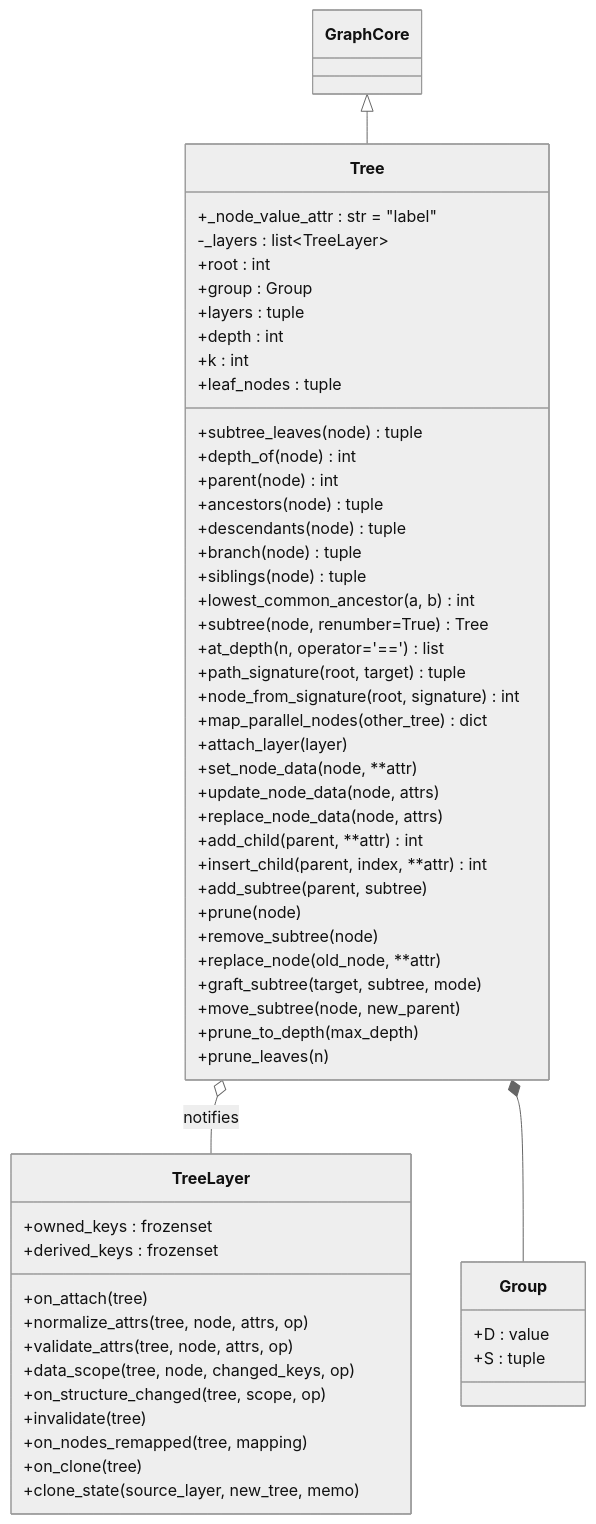
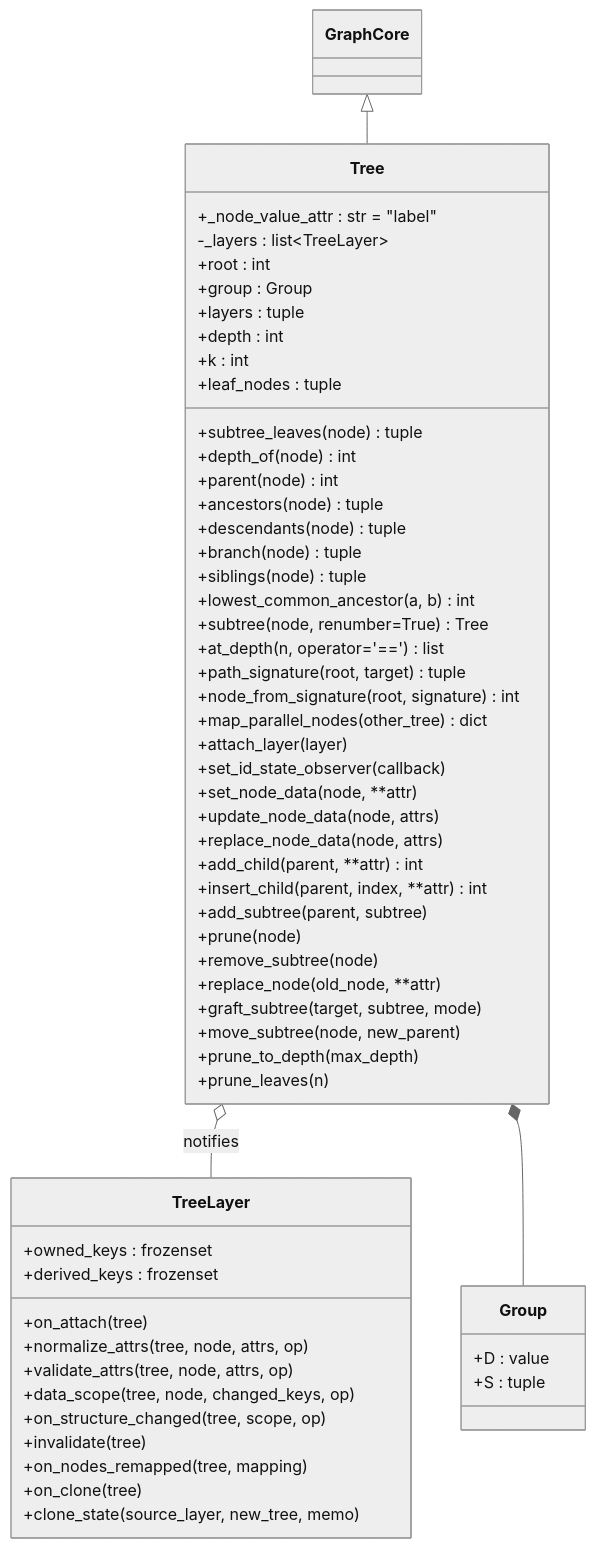
Before and after one commit to kr4g/Klotho: the second of 6 diagrams in docs/architecture/01_TOPOS.md, drawn with Mermaid (neutral theme). The commit also changed other lines of this file and 5 other files, not shown here.

First line of the commit message:
docs: the architecture caught up with the four fix commits

````diff
--- a/docs/architecture/01_TOPOS.md
+++ b/docs/architecture/01_TOPOS.md
@@ -205,64 +205,65 @@
 ```mermaid
 classDiagram
     GraphCore <|-- Tree
 
     class Tree {
         +_node_value_attr : str = "label"
         -_layers : list~TreeLayer~
         +root : int
         +group : Group
         +layers : tuple
         +depth : int
         +k : int
         +leaf_nodes : tuple
         +subtree_leaves(node) tuple
         +depth_of(node) int
         +parent(node) int
         +ancestors(node) tuple
         +descendants(node) tuple
         +branch(node) tuple
         +siblings(node) tuple
         +lowest_common_ancestor(a, b) int
         +subtree(node, renumber=True) Tree
         +at_depth(n, operator='==') list
         +path_signature(root, target) tuple
         +node_from_signature(root, signature) int
         +map_parallel_nodes(other_tree) dict
         +attach_layer(layer)
+        +set_id_state_observer(callback)
         +set_node_data(node, **attr)
         +update_node_data(node, attrs)
         +replace_node_data(node, attrs)
         +add_child(parent, **attr) int
         +insert_child(parent, index, **attr) int
         +add_subtree(parent, subtree)
         +prune(node)
         +remove_subtree(node)
         +replace_node(old_node, **attr)
         +graft_subtree(target, subtree, mode)
         +move_subtree(node, new_parent)
         +prune_to_depth(max_depth)
         +prune_leaves(n)
     }
 
     class TreeLayer {
         +owned_keys : frozenset
         +derived_keys : frozenset
         +on_attach(tree)
         +normalize_attrs(tree, node, attrs, op)
         +validate_attrs(tree, node, attrs, op)
         +data_scope(tree, node, changed_keys, op)
         +on_structure_changed(tree, scope, op)
         +invalidate(tree)
         +on_nodes_remapped(tree, mapping)
         +on_clone(tree)
         +clone_state(source_layer, new_tree, memo)
     }
 
     class Group {
         +D : value
         +S : tuple
     }
 
     Tree o-- TreeLayer : notifies
     Tree *-- Group
 ```
````
